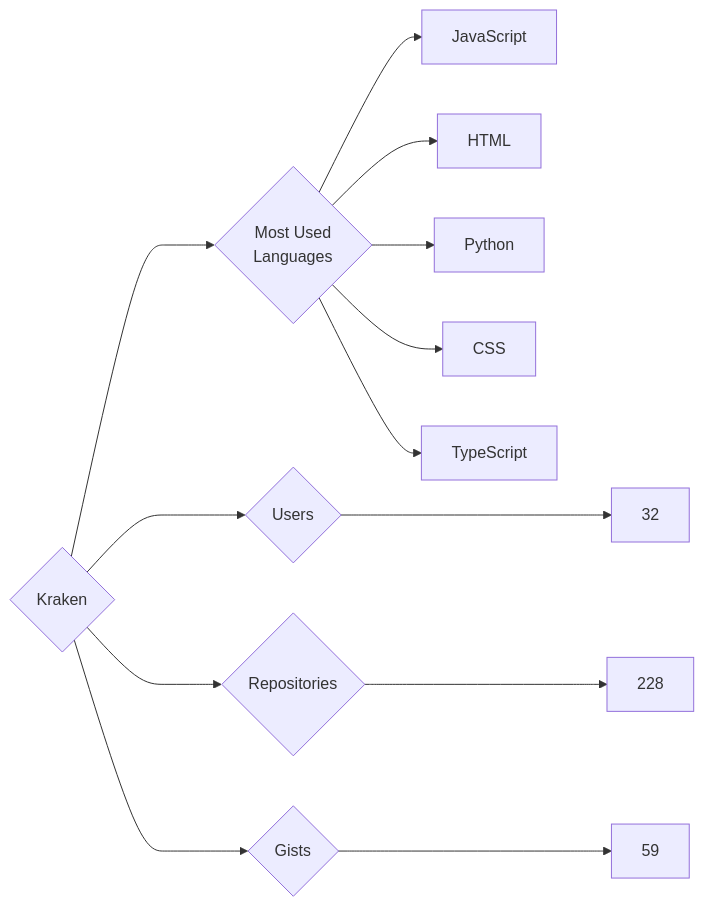
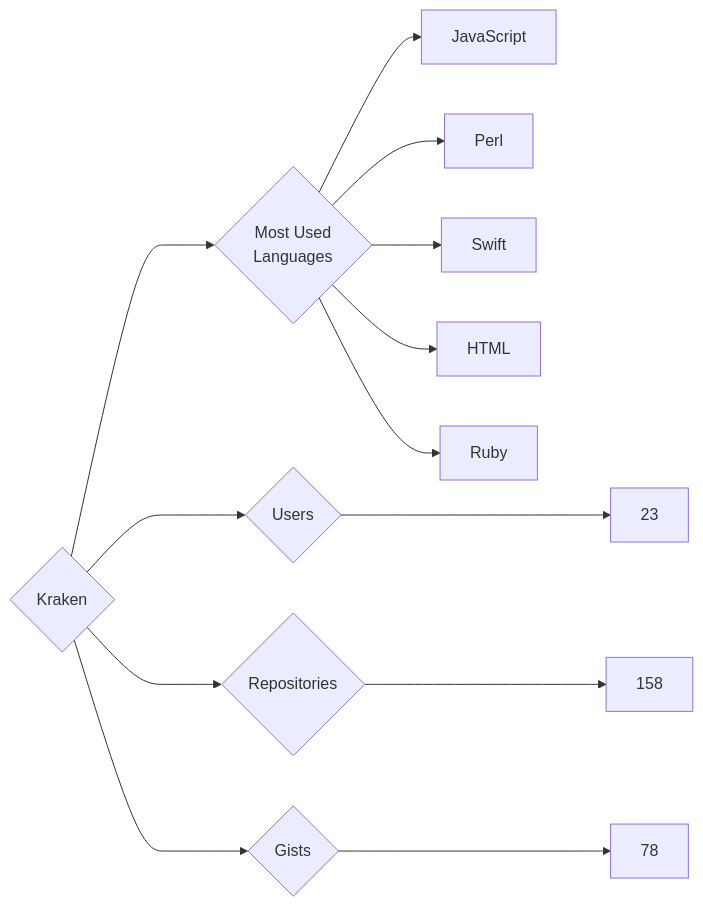
Before and after one commit to trickest/insiders: the diagram in targets/Kraken/README.md, drawn with Mermaid. The commit also changed 837 other files, not shown here.

````diff
--- a/targets/Kraken/README.md
+++ b/targets/Kraken/README.md
@@ -3,13 +3,13 @@
 ```mermaid
 graph LR
 COMPANY_NAME{Kraken}
-COMPANY_NAME ---> U{Users} ---> UN[32]
-COMPANY_NAME ---> R{Repositories} ---> RN[228]
-COMPANY_NAME ---> G{Gists} ---> GN[59]
+COMPANY_NAME ---> U{Users} ---> UN[23]
+COMPANY_NAME ---> R{Repositories} ---> RN[158]
+COMPANY_NAME ---> G{Gists} ---> GN[78]
 COMPANY_NAME ---> ML{Most Used<br>Languages}
 ML --> JavaScript[JavaScript]
+ML --> Perl[Perl]
+ML --> Swift[Swift]
 ML --> HTML[HTML]
-ML --> Python[Python]
-ML --> CSS[CSS]
-ML --> TypeScript[TypeScript]
+ML --> Ruby[Ruby]
 ```
````
